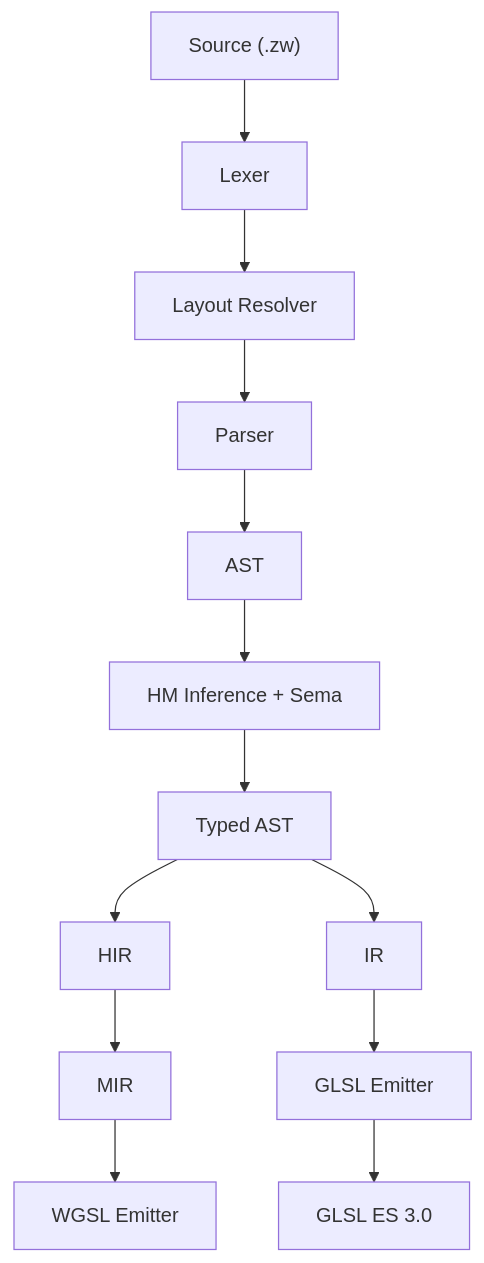
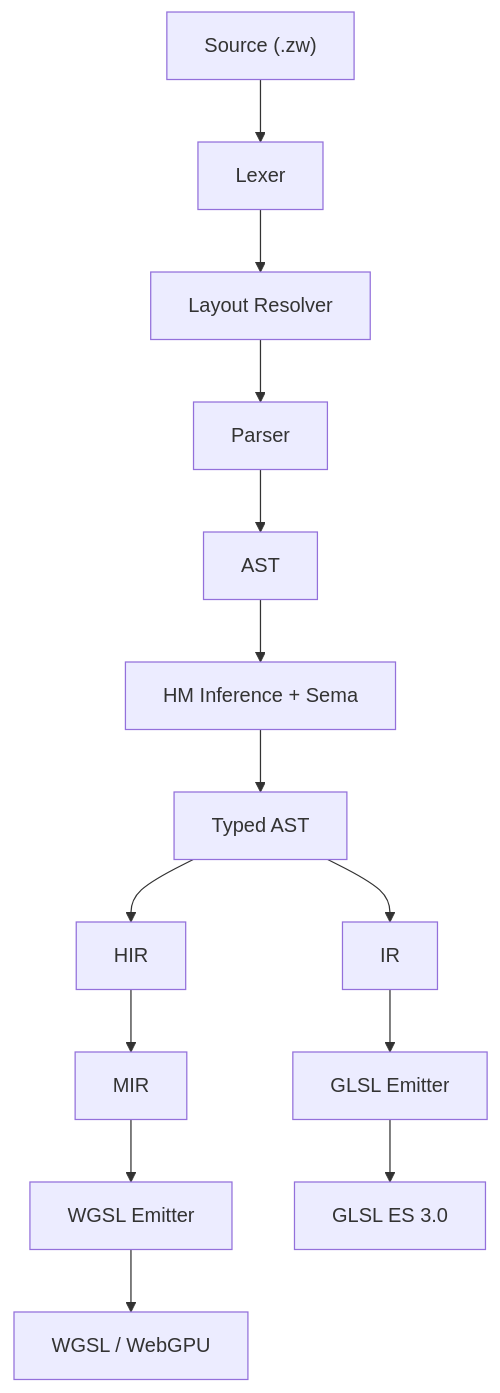
Before and after one commit to ydah/zwgsl: the diagram in README.md, drawn with Mermaid. The commit also changed other lines of this file, not shown here.

Commit message:
Refresh README for current WGSL output

````diff
--- a/README.md
+++ b/README.md
@@ -339,19 +339,20 @@
 ```mermaid
 flowchart TD
     Source["Source (.zw)"] --> Lexer
     Lexer --> LayoutResolver["Layout Resolver"]
     LayoutResolver --> Parser
     Parser --> AST
 
     AST --> HM["HM Inference + Sema"]
     HM --> TypedAST["Typed AST"]
 
     TypedAST --> HIR
     TypedAST --> IR
 
     HIR --> MIR
     MIR --> WGSLEmitter["WGSL Emitter"]
+    WGSLEmitter --> WGSL["WGSL / WebGPU"]
 
     IR --> GLSLEmitter["GLSL Emitter"]
     GLSLEmitter --> GLSL["GLSL ES 3.0"]
 ```
````
